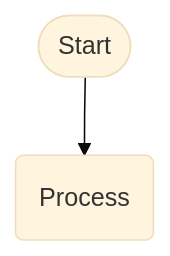
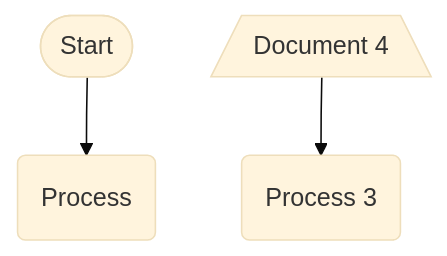
Before and after one commit to pingpm/mermaid_vault: the diagram in mmd/测试_cfb11c2a-9078-4444-af6f-57de80de8b77.mmd, drawn with Mermaid (base theme). The commit also changed 3 other files, not shown here.

Commit message:
Sync Mermaid Studio data (24 diagrams)

```diff
--- a/mmd/测试_cfb11c2a-9078-4444-af6f-57de80de8b77.mmd
+++ b/mmd/测试_cfb11c2a-9078-4444-af6f-57de80de8b77.mmd
@@ -1,4 +1,7 @@
 flowchart TD
   n_0(["Start"])
   n_1("Process")
+  n_2("Process 3")
+  n_3[/"Document 4"\]
   n_0 --> n_1
+  n_3 --> n_2
```
